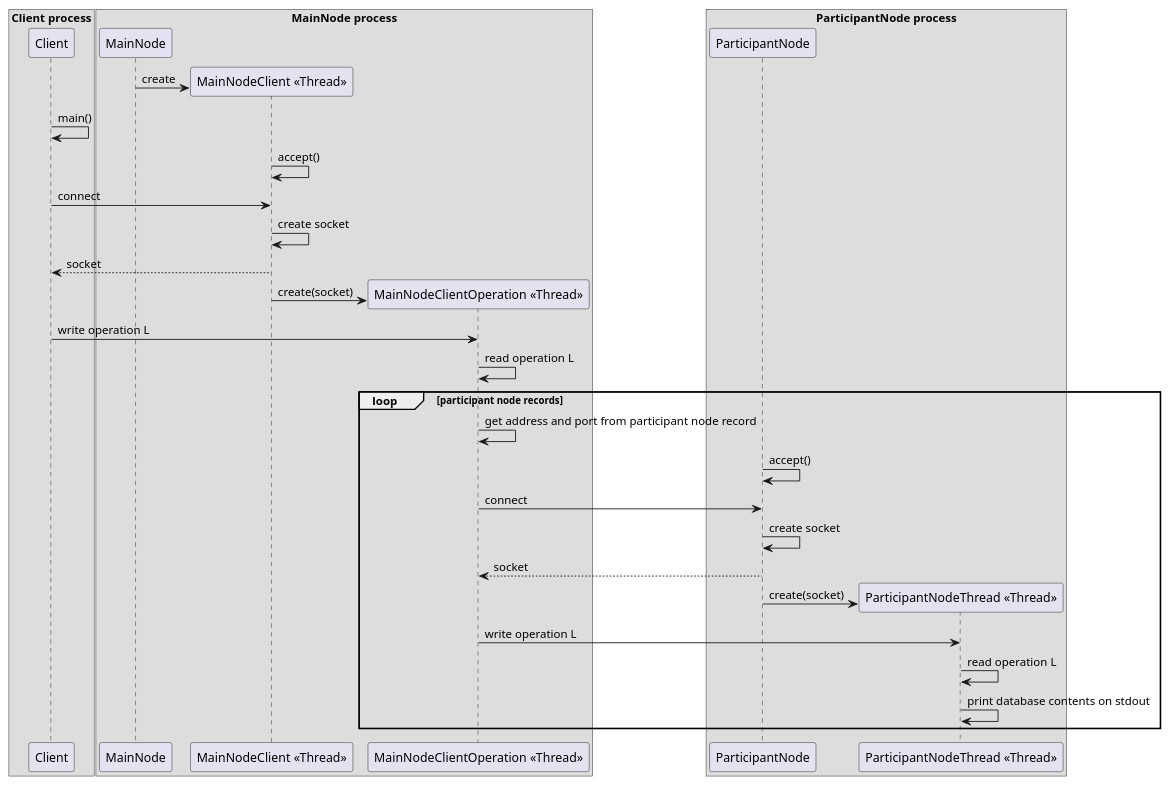
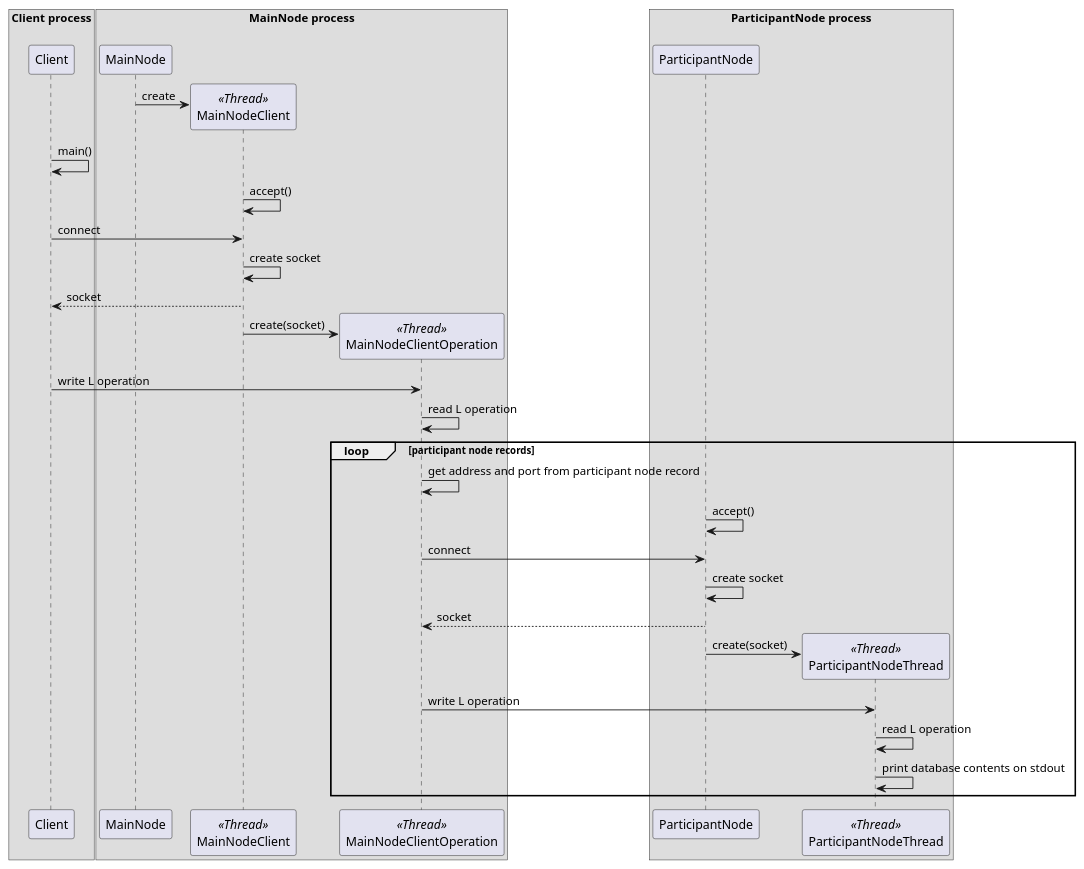
One commit to UAL-SDP/TCPMap changed the fourth of 4 diagrams in diagrams.org. Above: the diagram before and after it, drawn with PlantUML. The commit also changed other lines of this file and 5 other files, not shown here.

Commit message:
Add participant registry diagram.

```diff
--- a/diagrams.org
+++ b/diagrams.org
@@ -50,36 +104,36 @@
-   #+begin_src plantuml :file figures/l_operation.png :noexport
+#+begin_src plantuml :file figures/l_operation.png :noexport
 @startuml
-box "Client process"
+box Client process
         participant Client
 end box
-box "MainNode process"
+box MainNode process
         participant MainNode
-        participant "MainNodeClient <<Thread>>"
-        participant "MainNodeClientOperation <<Thread>>"
+        participant MainNodeClient <<Thread>>
+        participant MainNodeClientOperation <<Thread>>
 end box
-box "ParticipantNode process"
+box ParticipantNode process
         participant ParticipantNode
-        participant "ParticipantNodeThread <<Thread>>"
+        participant ParticipantNodeThread <<Thread>>
 end box
-MainNode -> "MainNodeClient <<Thread>>" ** : create
+MainNode -> MainNodeClient ** : create
 Client -> Client : main()
-"MainNodeClient <<Thread>>" -> "MainNodeClient <<Thread>>" :  accept()
-Client -> "MainNodeClient <<Thread>>" : connect
-"MainNodeClient <<Thread>>" -> "MainNodeClient <<Thread>>" : create socket
-"MainNodeClient <<Thread>>" --> Client : socket
-"MainNodeClient <<Thread>>" -> "MainNodeClientOperation <<Thread>>" ** : create(socket)
-Client -> "MainNodeClientOperation <<Thread>>" : write operation L
-"MainNodeClientOperation <<Thread>>" -> "MainNodeClientOperation <<Thread>>" : read operation L
+MainNodeClient -> MainNodeClient :  accept()
+Client -> MainNodeClient : connect
+MainNodeClient -> MainNodeClient : create socket
+MainNodeClient --> Client : socket
+MainNodeClient -> MainNodeClientOperation ** : create(socket)
+Client -> MainNodeClientOperation : write L operation
+MainNodeClientOperation -> MainNodeClientOperation : read L operation
 loop participant node records
-        "MainNodeClientOperation <<Thread>>" -> "MainNodeClientOperation <<Thread>>" : get address and port from participant node record
+        MainNodeClientOperation -> MainNodeClientOperation : get address and port from participant node record
         ParticipantNode -> ParticipantNode : accept()
-        "MainNodeClientOperation <<Thread>>" -> "ParticipantNode" : connect
+        MainNodeClientOperation -> "ParticipantNode" : connect
         ParticipantNode -> ParticipantNode : create socket
-        ParticipantNode --> "MainNodeClientOperation <<Thread>>" : socket
-        ParticipantNode -> "ParticipantNodeThread <<Thread>>" ** : create(socket)
-        "MainNodeClientOperation <<Thread>>" -> "ParticipantNodeThread <<Thread>>" : write operation L
-        "ParticipantNodeThread <<Thread>>" -> "ParticipantNodeThread <<Thread>>" : read operation L
-        "ParticipantNodeThread <<Thread>>" -> "ParticipantNodeThread <<Thread>>" : print database contents on stdout
+        ParticipantNode --> MainNodeClientOperation : socket
+        ParticipantNode -> ParticipantNodeThread ** : create(socket)
+        MainNodeClientOperation -> ParticipantNodeThread : write L operation
+        ParticipantNodeThread -> ParticipantNodeThread : read L operation
+        ParticipantNodeThread -> ParticipantNodeThread : print database contents on stdout
 end
 @enduml
 #+end_src
```
